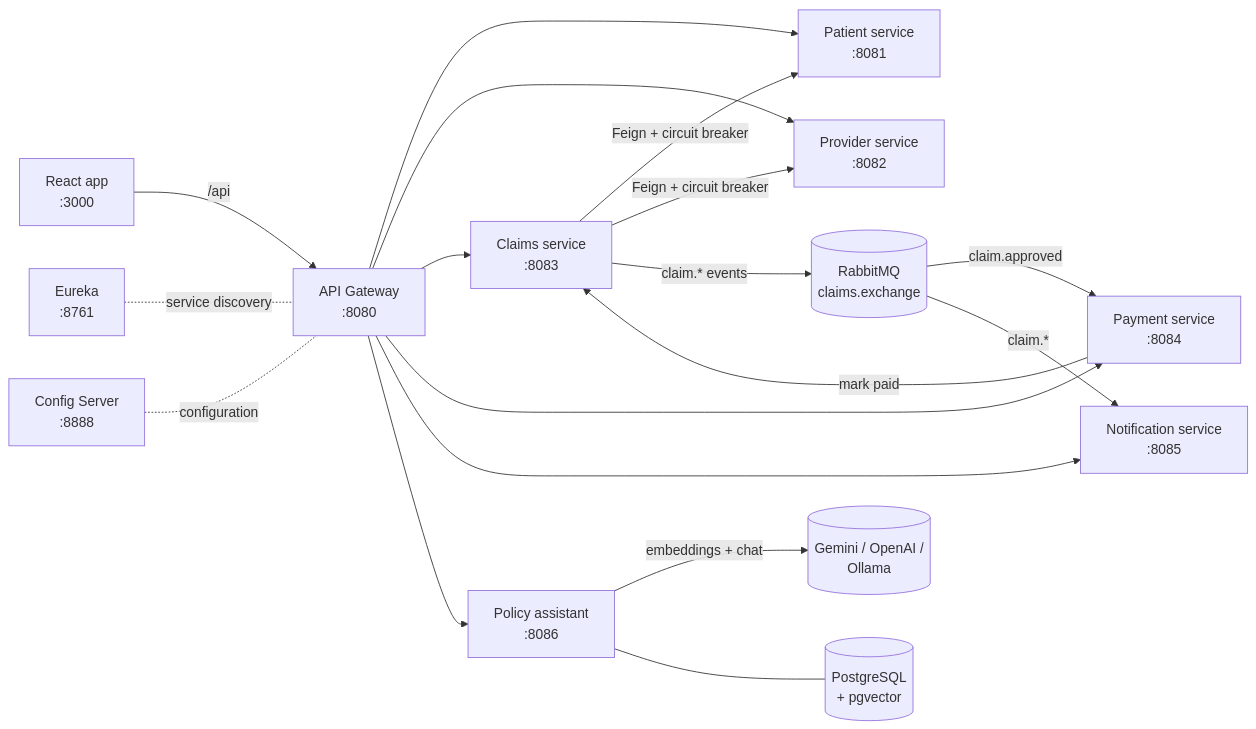
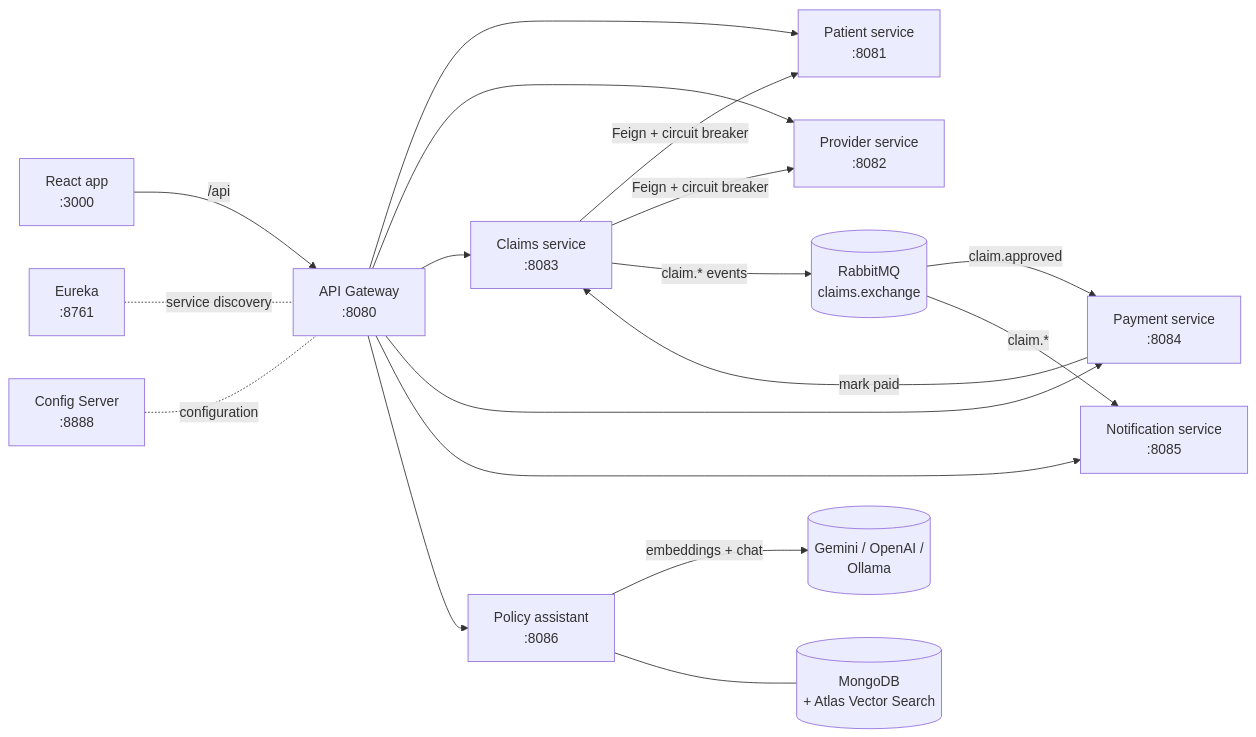
One commit to DEvARyan77/claimflow changed the diagram in README.md. Above: the diagram before and after it, drawn with Mermaid. The commit also changed other lines of this file and 11 other files, not shown here.

First line of the commit message:
Run on MongoDB Atlas Local in Docker; React uses string ids and claim numbers

````diff
--- a/README.md
+++ b/README.md
@@ -27,20 +27,20 @@
 ```mermaid
 flowchart LR
     UI[React app<br/>:3000] -->|/api| GW[API Gateway<br/>:8080]
     GW --> PAT[Patient service<br/>:8081]
     GW --> PRO[Provider service<br/>:8082]
     GW --> CLM[Claims service<br/>:8083]
     GW --> PAY[Payment service<br/>:8084]
     GW --> NOT[Notification service<br/>:8085]
     GW --> POL[Policy assistant<br/>:8086]
     POL -- embeddings + chat --> LLM[(Gemini / OpenAI /<br/>Ollama)]
-    POL --- VEC[(PostgreSQL<br/>+ pgvector)]
+    POL --- VEC[(MongoDB<br/>+ Atlas Vector Search)]
     CLM -- Feign + circuit breaker --> PAT
     CLM -- Feign + circuit breaker --> PRO
     CLM -- claim.* events --> MQ[(RabbitMQ<br/>claims.exchange)]
     MQ -- claim.approved --> PAY
     MQ -- claim.* --> NOT
     PAY -- mark paid --> CLM
     EUR[Eureka<br/>:8761] -.service discovery.- GW
     CFG[Config Server<br/>:8888] -.configuration.- GW
 ```
````
